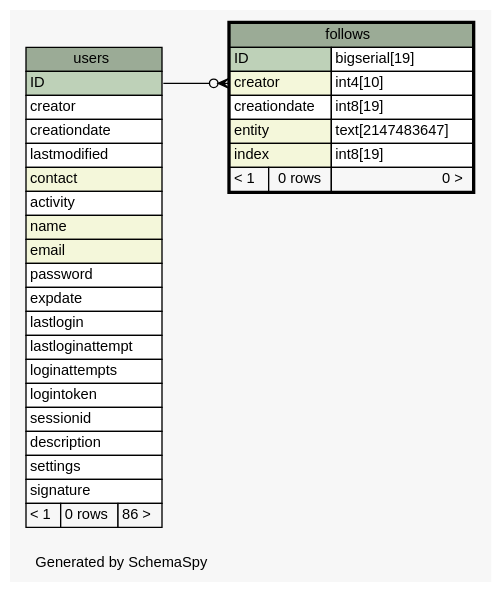
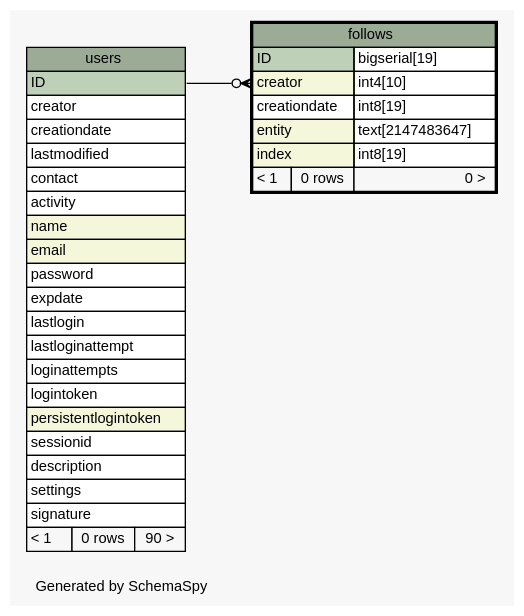
The diagram in diagrams/follows.1degree.dot (zeyosinc/zeyos-schema), drawn with Graphviz before and after one commit. The commit also changed 322 other files, not shown here.

```diff
--- a/diagrams/follows.1degree.dot
+++ b/diagrams/follows.1degree.dot
@@ -1,64 +1,65 @@
-// dot 2.38.0 on Mac OS X 10.11.2
+// dot 2.38.0 on Mac OS X 10.11.3
 // SchemaSpy rev 590
 digraph "oneDegreeRelationshipsDiagram" {
   graph [
     rankdir="RL"
     bgcolor="#f7f7f7"
     label="\nGenerated by SchemaSpy"
     labeljust="l"
     nodesep="0.18"
     ranksep="0.46"
     fontname="Helvetica"
     fontsize="11"
   ];
   node [
     fontname="Helvetica"
     fontsize="11"
     shape="plaintext"
   ];
   edge [
     arrowsize="0.8"
   ];
   "follows":"creator":w -> "users":"ID":e [arrowhead=none dir=back arrowtail=crowodot];
   "follows" [
     label=<
     <TABLE BORDER="2" CELLBORDER="1" CELLSPACING="0" BGCOLOR="#ffffff">
       <TR><TD COLSPAN="3" BGCOLOR="#9bab96" ALIGN="CENTER">follows</TD></TR>
       <TR><TD PORT="ID" COLSPAN="2" BGCOLOR="#bed1b8" ALIGN="LEFT">ID</TD><TD PORT="ID.type" ALIGN="LEFT">bigserial[19]</TD></TR>
       <TR><TD PORT="creator" COLSPAN="2" BGCOLOR="#f4f7da" ALIGN="LEFT">creator</TD><TD PORT="creator.type" ALIGN="LEFT">int4[10]</TD></TR>
       <TR><TD PORT="creationdate" COLSPAN="2" ALIGN="LEFT">creationdate</TD><TD PORT="creationdate.type" ALIGN="LEFT">int8[19]</TD></TR>
       <TR><TD PORT="entity" COLSPAN="2" BGCOLOR="#f4f7da" ALIGN="LEFT">entity</TD><TD PORT="entity.type" ALIGN="LEFT">text[2147483647]</TD></TR>
       <TR><TD PORT="index" COLSPAN="2" BGCOLOR="#f4f7da" ALIGN="LEFT">index</TD><TD PORT="index.type" ALIGN="LEFT">int8[19]</TD></TR>
       <TR><TD ALIGN="LEFT" BGCOLOR="#f7f7f7">&lt; 1</TD><TD ALIGN="RIGHT" BGCOLOR="#f7f7f7">0 rows</TD><TD ALIGN="RIGHT" BGCOLOR="#f7f7f7">0 &gt;</TD></TR>
     </TABLE>>
     URL="follows.html"
     tooltip="follows"
   ];
   "users" [
     label=<
     <TABLE BORDER="0" CELLBORDER="1" CELLSPACING="0" BGCOLOR="#ffffff">
       <TR><TD COLSPAN="3" BGCOLOR="#9bab96" ALIGN="CENTER">users</TD></TR>
       <TR><TD PORT="ID" COLSPAN="3" BGCOLOR="#bed1b8" ALIGN="LEFT">ID</TD></TR>
       <TR><TD PORT="creator" COLSPAN="3" ALIGN="LEFT">creator</TD></TR>
       <TR><TD PORT="creationdate" COLSPAN="3" ALIGN="LEFT">creationdate</TD></TR>
       <TR><TD PORT="lastmodified" COLSPAN="3" ALIGN="LEFT">lastmodified</TD></TR>
-      <TR><TD PORT="contact" COLSPAN="3" BGCOLOR="#f4f7da" ALIGN="LEFT">contact</TD></TR>
+      <TR><TD PORT="contact" COLSPAN="3" ALIGN="LEFT">contact</TD></TR>
       <TR><TD PORT="activity" COLSPAN="3" ALIGN="LEFT">activity</TD></TR>
       <TR><TD PORT="name" COLSPAN="3" BGCOLOR="#f4f7da" ALIGN="LEFT">name</TD></TR>
       <TR><TD PORT="email" COLSPAN="3" BGCOLOR="#f4f7da" ALIGN="LEFT">email</TD></TR>
       <TR><TD PORT="password" COLSPAN="3" ALIGN="LEFT">password</TD></TR>
       <TR><TD PORT="expdate" COLSPAN="3" ALIGN="LEFT">expdate</TD></TR>
       <TR><TD PORT="lastlogin" COLSPAN="3" ALIGN="LEFT">lastlogin</TD></TR>
       <TR><TD PORT="lastloginattempt" COLSPAN="3" ALIGN="LEFT">lastloginattempt</TD></TR>
       <TR><TD PORT="loginattempts" COLSPAN="3" ALIGN="LEFT">loginattempts</TD></TR>
       <TR><TD PORT="logintoken" COLSPAN="3" ALIGN="LEFT">logintoken</TD></TR>
+      <TR><TD PORT="persistentlogintoken" COLSPAN="3" BGCOLOR="#f4f7da" ALIGN="LEFT">persistentlogintoken</TD></TR>
       <TR><TD PORT="sessionid" COLSPAN="3" ALIGN="LEFT">sessionid</TD></TR>
       <TR><TD PORT="description" COLSPAN="3" ALIGN="LEFT">description</TD></TR>
       <TR><TD PORT="settings" COLSPAN="3" ALIGN="LEFT">settings</TD></TR>
       <TR><TD PORT="signature" COLSPAN="3" ALIGN="LEFT">signature</TD></TR>
-      <TR><TD ALIGN="LEFT" BGCOLOR="#f7f7f7">&lt; 1</TD><TD ALIGN="RIGHT" BGCOLOR="#f7f7f7">0 rows</TD><TD ALIGN="RIGHT" BGCOLOR="#f7f7f7">86 &gt;</TD></TR>
+      <TR><TD ALIGN="LEFT" BGCOLOR="#f7f7f7">&lt; 1</TD><TD ALIGN="RIGHT" BGCOLOR="#f7f7f7">0 rows</TD><TD ALIGN="RIGHT" BGCOLOR="#f7f7f7">90 &gt;</TD></TR>
     </TABLE>>
     URL="users.html"
     tooltip="users"
   ];
 }
```
